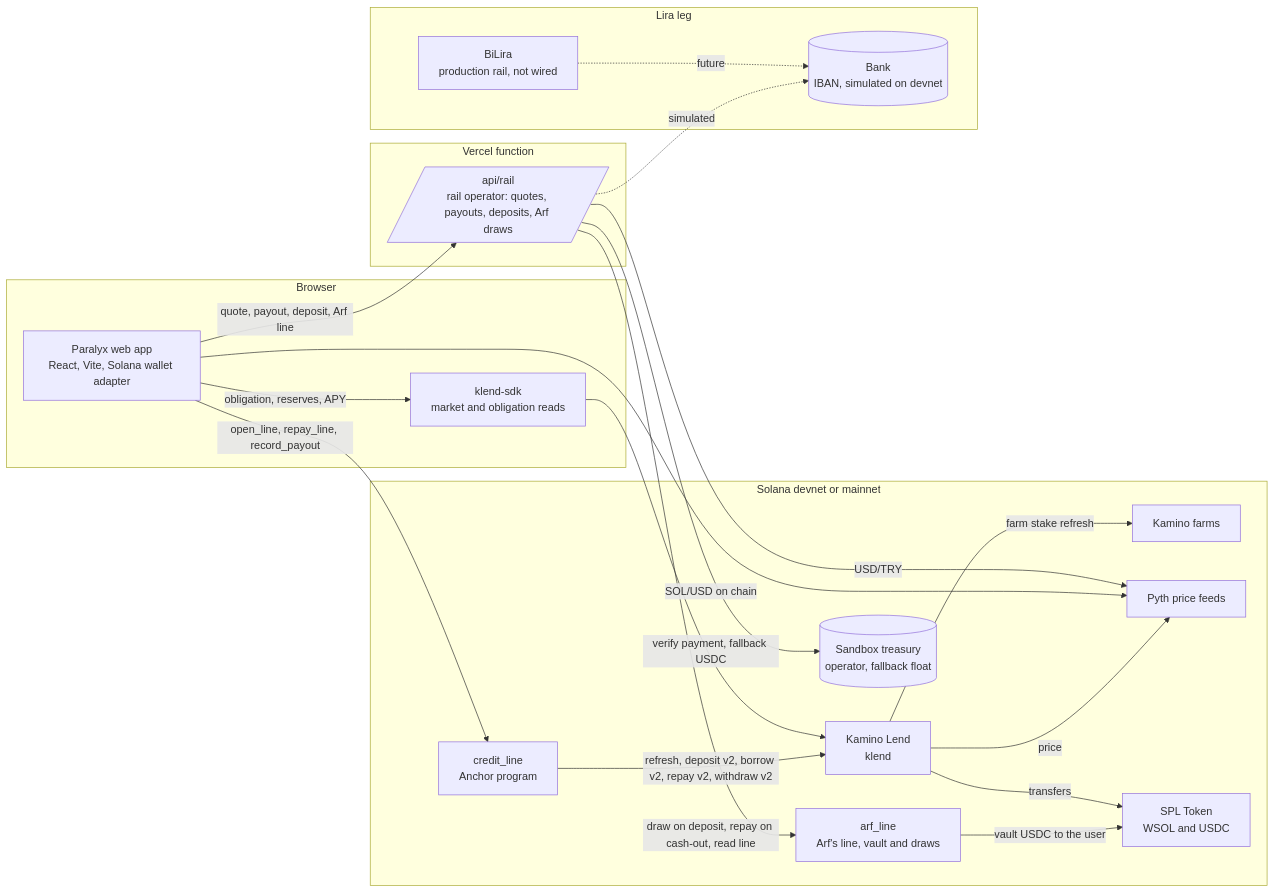
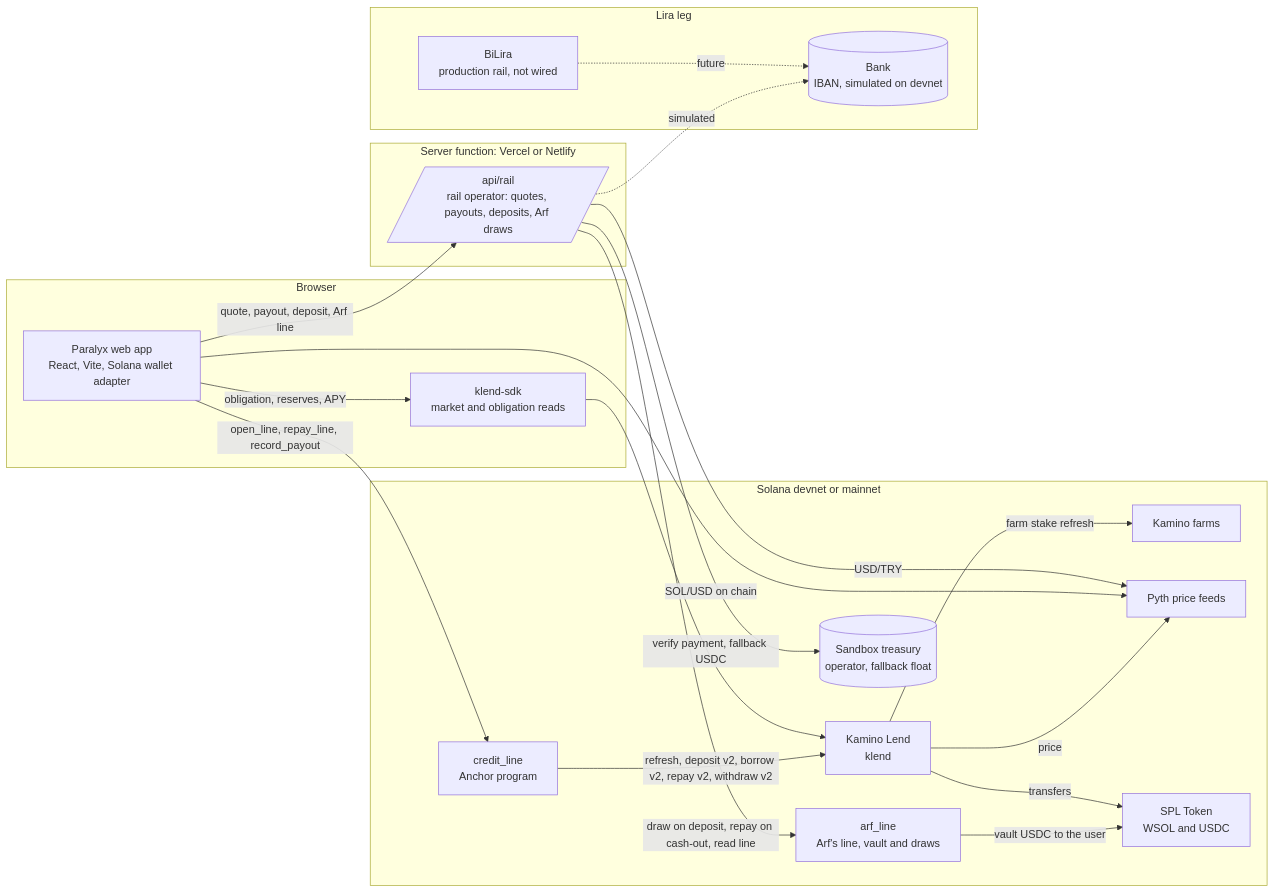
One commit to dr-wilson-empty/paralyx-arf changed the second of 2 diagrams in README.md. Above: the diagram before and after it, drawn with Mermaid. The commit also changed other lines of this file and 6 other files, not shown here.

````diff
--- a/README.md
+++ b/README.md
@@ -213,38 +213,38 @@
 ```mermaid
 flowchart LR
   subgraph Browser
     UI[Paralyx web app<br/>React, Vite, Solana wallet adapter]
     SDK[klend-sdk<br/>market and obligation reads]
   end
-  subgraph Server[Vercel function]
+  subgraph Server[Server function: Vercel or Netlify]
     RAIL[/api/rail<br/>rail operator: quotes, payouts, deposits, Arf draws/]
   end
   subgraph Solana[Solana devnet or mainnet]
     ARF[arf_line<br/>Arf's line, vault and draws]
     PLX[credit_line<br/>Anchor program]
     KL[Kamino Lend<br/>klend]
     FM[Kamino farms]
     PY[Pyth price feeds]
     TOK[SPL Token<br/>WSOL and USDC]
     TR[(Sandbox treasury<br/>operator, fallback float)]
   end
   subgraph Lira[Lira leg]
     BANK[(Bank<br/>IBAN, simulated on devnet)]
     BL[BiLira<br/>production rail, not wired]
   end
   RAIL -- draw on deposit, repay on cash-out, read line --> ARF
   ARF -- vault USDC to the user --> TOK
   UI -- open_line, repay_line, record_payout --> PLX
   PLX -- refresh, deposit v2, borrow v2, repay v2, withdraw v2 --> KL
   KL -- farm stake refresh --> FM
   KL -- price --> PY
   KL -- transfers --> TOK
   UI -- obligation, reserves, APY --> SDK
   SDK --> KL
   UI -- SOL/USD on chain --> PY
   UI -- quote, payout, deposit, Arf line --> RAIL
   RAIL -- verify payment, fallback USDC --> TR
   RAIL -- USD/TRY --> PY
   RAIL -. simulated .-> BANK
   BL -. future .-> BANK
 ```
````
